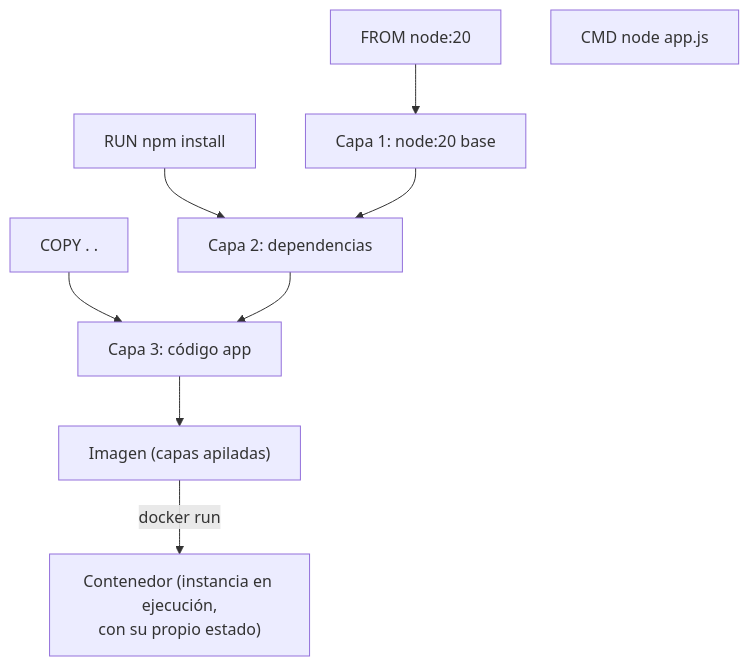
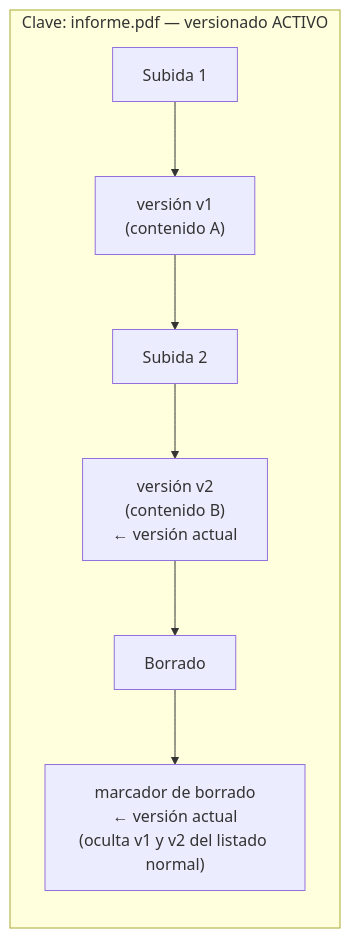
One commit to NICORUIZ93/The_Imperial_Book changed the fifth of 12 diagrams in web/public/content/cloud/modulo-1.md. Above: the diagram before and after it, drawn with Mermaid. The commit also changed other lines of this file and 305 other files, not shown here.

````diff
--- a/web/public/content/cloud/modulo-1.md
+++ b/web/public/content/cloud/modulo-1.md
@@ -91,9 +163,8 @@
 ```mermaid
-flowchart TD
-    D1["FROM node:20"] --> L1["Capa 1: node:20 base"]
-    D2["RUN npm install"] --> L2["Capa 2: dependencias"]
-    D3["COPY . ."] --> L3["Capa 3: código app"]
-    D4["CMD node app.js"]
-    L1 --> L2 --> L3 --> IMG["Imagen (capas apiladas)"]
-    IMG -->|"docker run"| CNT["Contenedor (instancia en ejecución,\ncon su propio estado)"]
+flowchart LR
+    subgraph K["Clave: informe.pdf — versionado ACTIVO"]
+        S1["Subida 1"] --> V1["versión v1\n(contenido A)"]
+        V1 --> S2["Subida 2"] --> V2["versión v2\n(contenido B)\n← versión actual"]
+        V2 --> BR["Borrado"] --> DM["marcador de borrado\n← versión actual\n(oculta v1 y v2 del listado normal)"]
+    end
 ```
````
